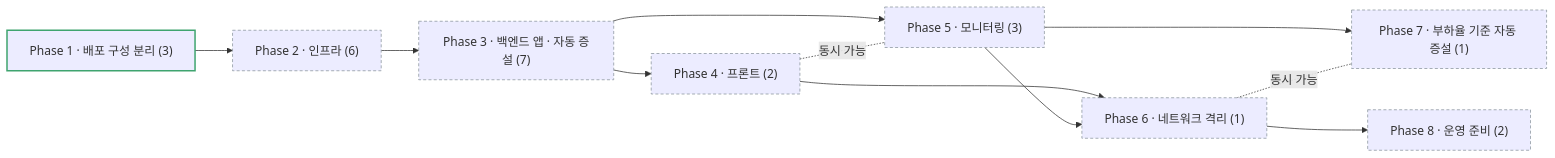
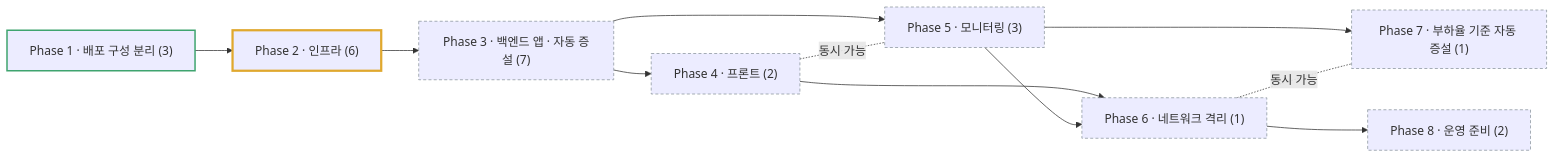
The diagram in .beaver/output/roadmap/k8s-roadmap.md (HaSungJe/deskless), drawn with Mermaid before and after one commit. The commit also changed other lines of this file and 19 other files, not shown here.

````diff
--- a/.beaver/output/roadmap/k8s-roadmap.md
+++ b/.beaver/output/roadmap/k8s-roadmap.md
@@ -9,16 +9,16 @@
 ```mermaid
 flowchart LR
-  P1["Phase 1 · 배포 구성 분리 (3)"]:::done --> P2["Phase 2 · 인프라 (6)"]:::todo
+  P1["Phase 1 · 배포 구성 분리 (3)"]:::done --> P2["Phase 2 · 인프라 (6)"]:::inprog
   P2 --> P3["Phase 3 · 백엔드 앱 · 자동 증설 (7)"]:::todo
   P3 --> P4["Phase 4 · 프론트 (2)"]:::todo
   P3 --> P5["Phase 5 · 모니터링 (3)"]:::todo
   P4 -. 동시 가능 .- P5
   P4 --> P6["Phase 6 · 네트워크 격리 (1)"]:::todo
   P5 --> P6
   P5 --> P7["Phase 7 · 부하율 기준 자동 증설 (1)"]:::todo
   P6 -. 동시 가능 .- P7
   P6 --> P8["Phase 8 · 운영 준비 (2)"]:::todo
   classDef done stroke:#3fa46f,stroke-width:2px
   classDef inprog stroke:#e0a82e,stroke-width:3px
   classDef todo stroke:#8a949c,stroke-width:1px,stroke-dasharray:4 3
 ```
````
